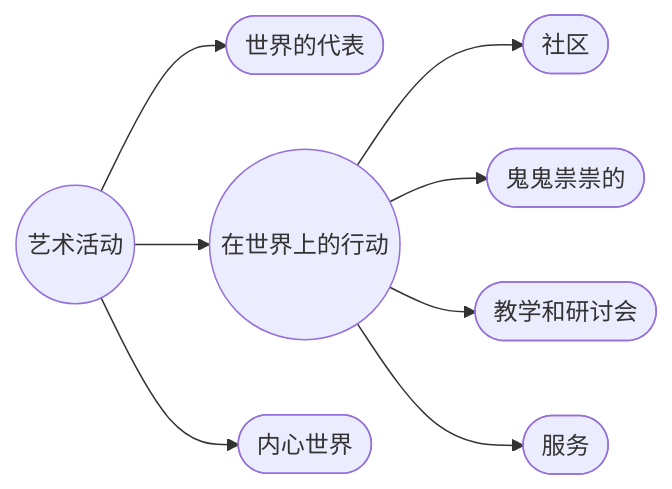
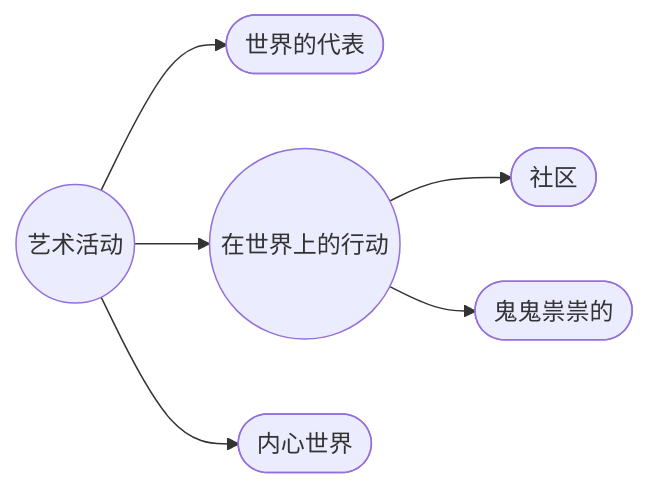
One commit to EGGS-Artesvisuales/EGGS-Artesvisuales.github.io changed the diagram in CHN/accion.md. Above: the diagram before and after it, drawn with Mermaid.

Commit message:
Remove teaching and services from Chinese action diagram

```diff
--- a/CHN/accion.md
+++ b/CHN/accion.md
@@ -20,22 +20,18 @@
 <div class="mermaid">
 flowchart LR
   A((艺术活动)) --> B([世界的代表])
   A --> C((在世界上的行动))
   A --> D([内心世界])
 
   C --> C1([社区])
   C --> C2([鬼鬼祟祟的])
-  C --> C3([教学和研讨会])
-  C --> C4([服务])
 
   %% Clicks (所有可点击的节点)
   click A "/CHN/index.html" "前往艺术活动"
   click B "/CHN/mundo-exterior.html" "前往世界代表"
   click C "/CHN/accion.html" "前往世界各地行动"
   click D "/CHN/interior.html" "走进内心世界"
 
   click C1 "/CHN/comunitario.html" "前往社区"
   click C2 "/CHN/subrepticio.html" "前往隐秘之地"
-  click C3 "/CHN/docencia.html" "前往教学和研讨会"
-  click C4 "/CHN/servicios.html" "前往服务"
 </div>
```
